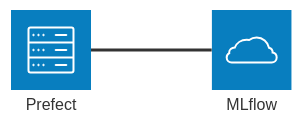
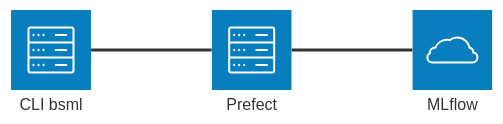
The first of 2 diagrams in docs/workflow-architecture.md (collab-uniba/BoneStrengthML-SF3_application), drawn with Mermaid before and after one commit. The commit also changed other lines of this file, not shown here.

Commit message:
Improve the workflow architecture documentation

````diff
--- a/docs/workflow-architecture.md
+++ b/docs/workflow-architecture.md
@@ -8,7 +8,9 @@
 ```mermaid
 architecture-beta
+  service cli(server)[CLI bsml]
   service prefect(server)[Prefect]
   service mlflow(cloud)[MLflow]
 
+  cli:R -- L:prefect
   prefect:R -- L:mlflow
 ```
````
